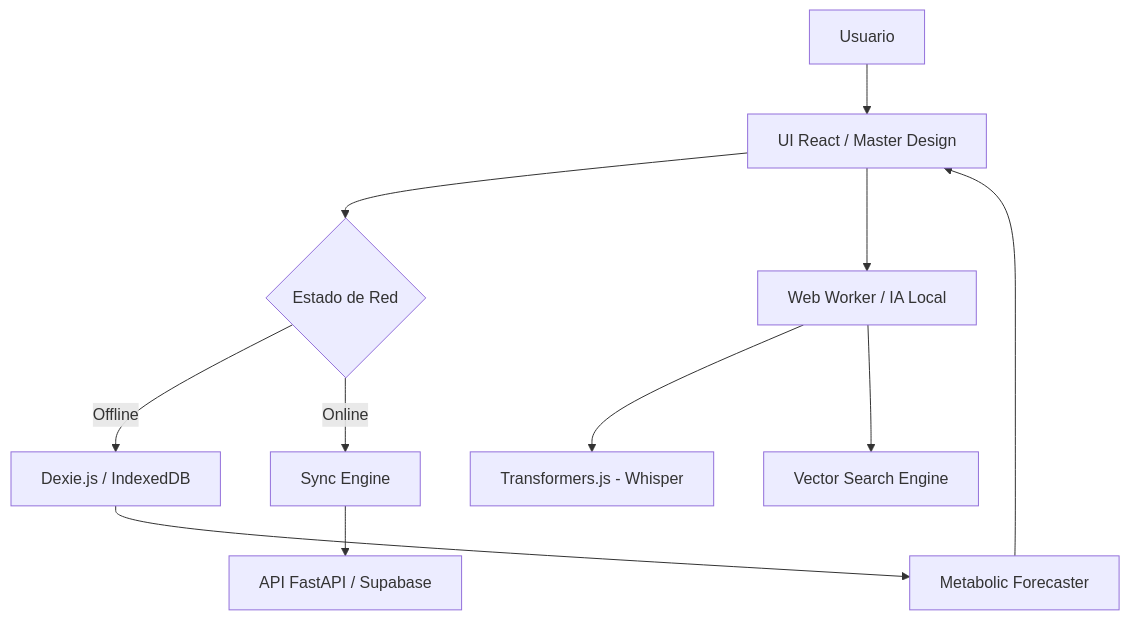
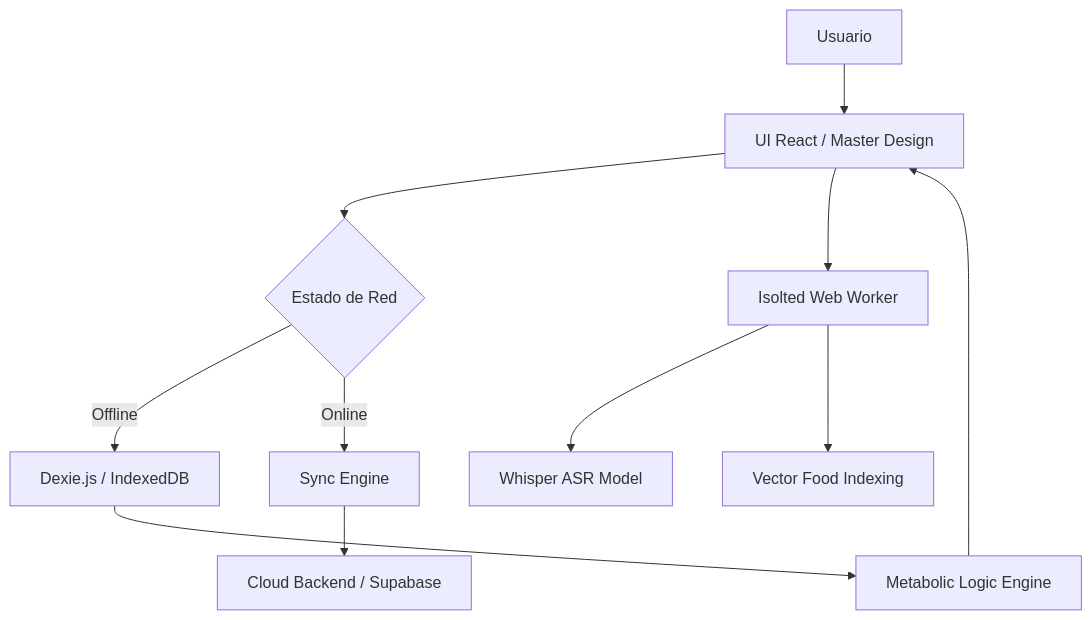
The diagram in README.md (jjho05/BloodCare), drawn with Mermaid before and after one commit. The commit also changed other lines of this file, not shown here.

````diff
--- a/README.md
+++ b/README.md
@@ -73,13 +57,13 @@
 ```mermaid
 graph TD
     A[Usuario] --> B[UI React / Master Design]
     B --> C{Estado de Red}
     C -- Offline --> D[Dexie.js / IndexedDB]
     C -- Online --> E[Sync Engine]
-    E --> F[API FastAPI / Supabase]
-    B --> G[Web Worker / IA Local]
-    G --> H[Transformers.js - Whisper]
-    G --> I[Vector Search Engine]
-    D --> J[Metabolic Forecaster]
+    E --> F[Cloud Backend / Supabase]
+    B --> G[Isolted Web Worker]
+    G --> H[Whisper ASR Model]
+    G --> I[Vector Food Indexing]
+    D --> J[Metabolic Logic Engine]
     J --> B
 ```
````
